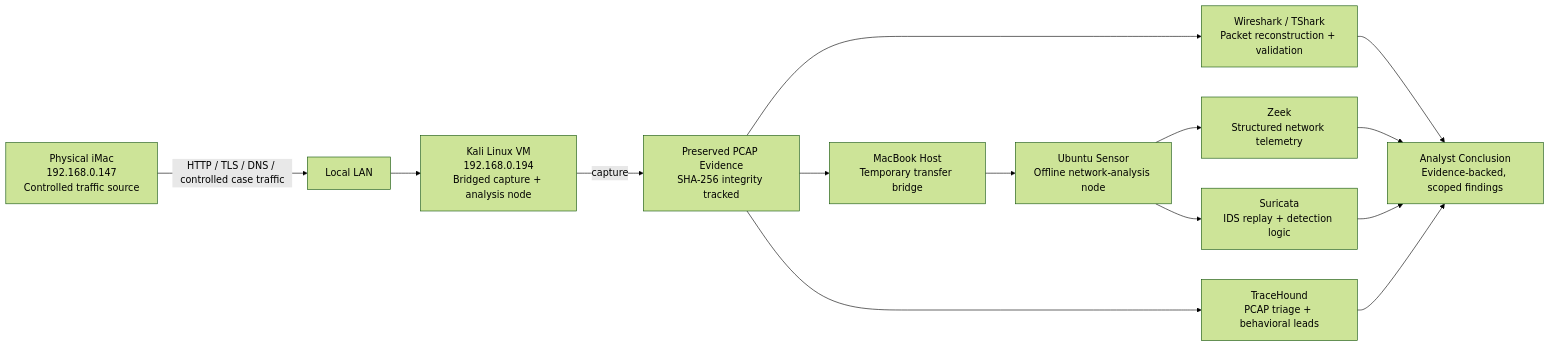
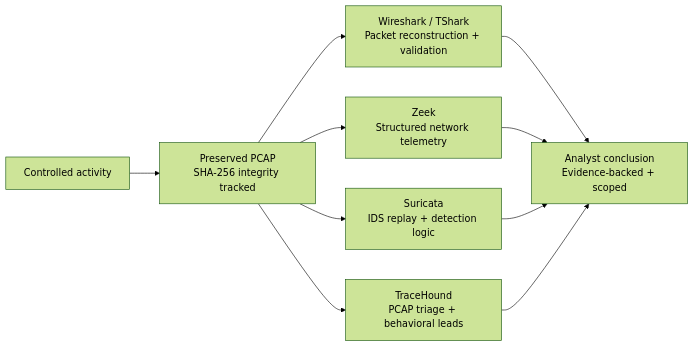
One commit to Seanfrvr/Network-Detection-and-Packet-Forensics-home-lab changed the second of 6 diagrams in ARCHITECTURE.md. Above: the diagram before and after it, drawn with Mermaid (forest theme). The commit also changed other lines of this file, not shown here.

Commit message:
Harden architecture accuracy and Mermaid rendering

````diff
--- a/ARCHITECTURE.md
+++ b/ARCHITECTURE.md
@@ -11,28 +43,20 @@
 ```mermaid
 flowchart LR
-    A["Physical iMac\n192.168.0.147\nControlled traffic source"]
-    B["Local LAN"]
-    C["Kali Linux VM\n192.168.0.194\nBridged capture + analysis node"]
-    D["Preserved PCAP Evidence\nSHA-256 integrity tracked"]
-    E["MacBook Host\nTemporary transfer bridge"]
-    F["Ubuntu Sensor\nOffline network-analysis node"]
-    G["Zeek\nStructured network telemetry"]
-    H["Suricata\nIDS replay + detection logic"]
-    I["Wireshark / TShark\nPacket reconstruction + validation"]
-    J["TraceHound\nPCAP triage + behavioral leads"]
-    K["Analyst Conclusion\nEvidence-backed, scoped findings"]
+    A["Controlled activity"]
+    B["Preserved PCAP<br/>SHA-256 integrity tracked"]
+    C["Wireshark / TShark<br/>Packet reconstruction + validation"]
+    D["Zeek<br/>Structured network telemetry"]
+    E["Suricata<br/>IDS replay + detection logic"]
+    F["TraceHound<br/>PCAP triage + behavioral leads"]
+    G["Analyst conclusion<br/>Evidence-backed + scoped"]
 
-    A -->|"HTTP / TLS / DNS / controlled case traffic"| B
+    A --> B
     B --> C
-    C -->|"capture"| D
-    D --> I
-    D --> E
-    E --> F
+    B --> D
+    B --> E
+    B --> F
+    C --> G
+    D --> G
+    E --> G
     F --> G
-    F --> H
-    D --> J
-    I --> K
-    G --> K
-    H --> K
-    J --> K
 ```
````
